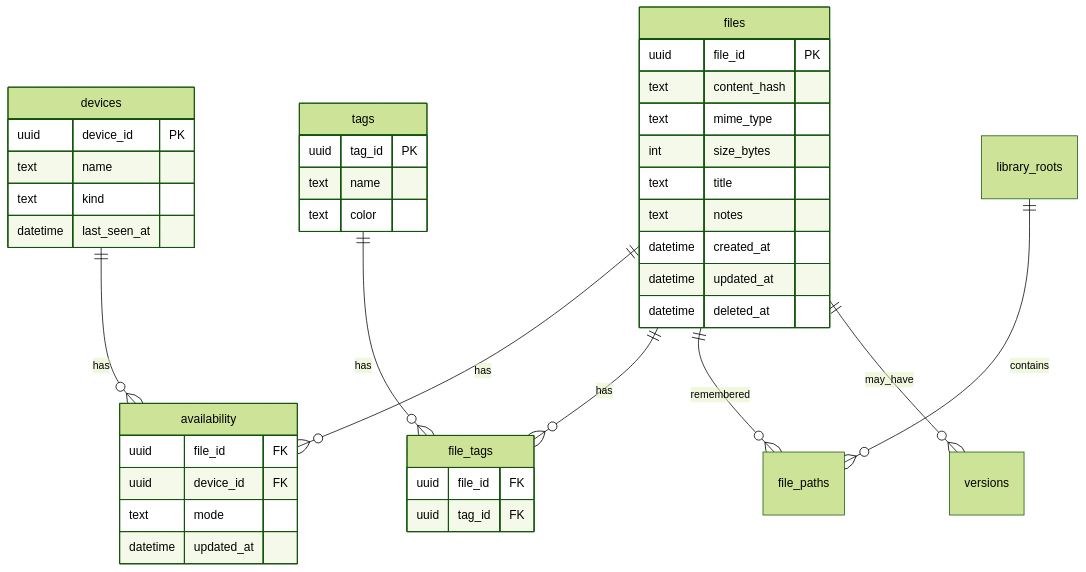
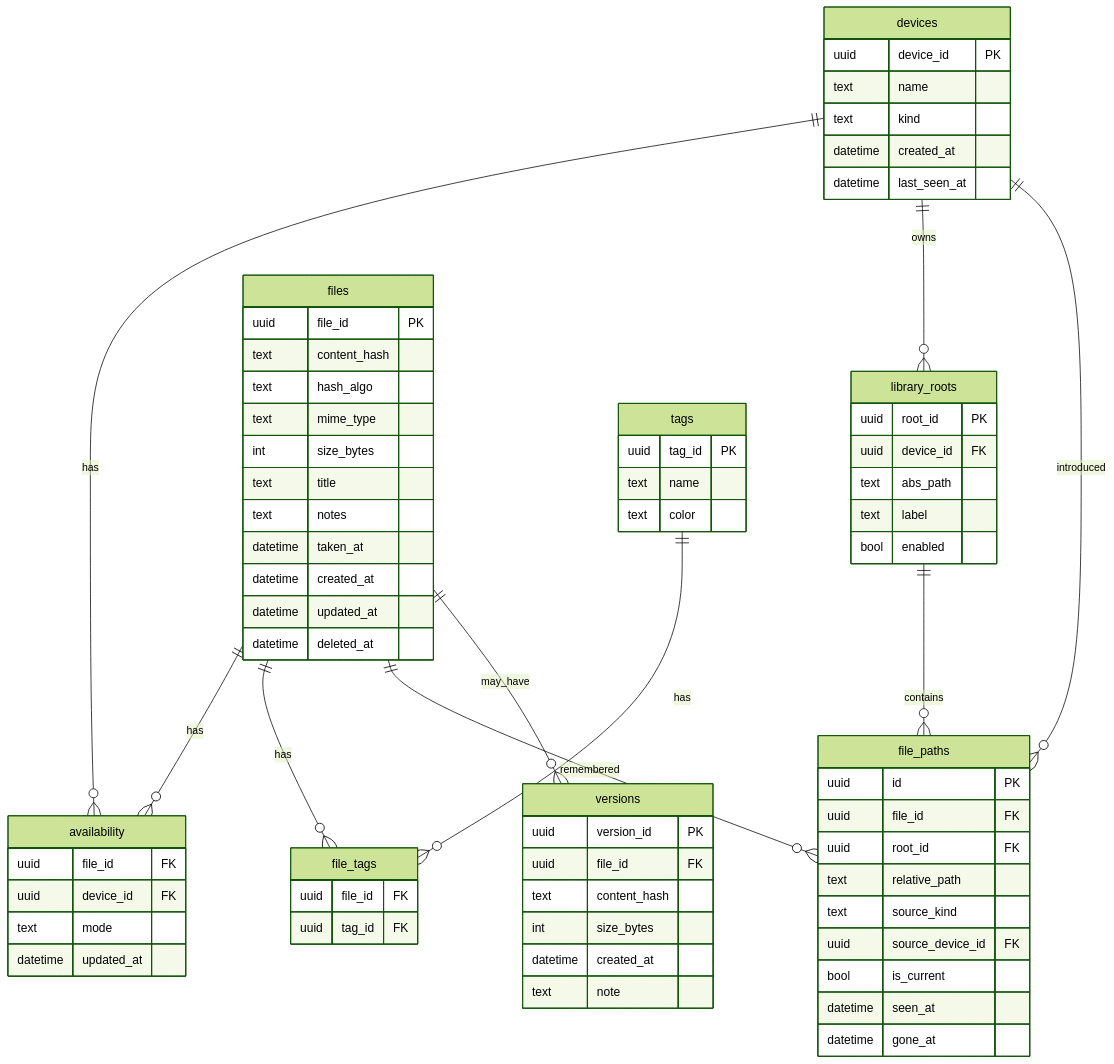
One commit to hamburg1r/homesync changed the first of 2 diagrams in docs/data-model.md. Above: the diagram before and after it, drawn with Mermaid (forest theme). The commit also changed other lines of this file and 9 other files, not shown here.

````diff
--- a/docs/data-model.md
+++ b/docs/data-model.md
@@ -13,47 +13,81 @@
 ```mermaid
 erDiagram
   devices ||--o{ availability : has
+  devices ||--o{ library_roots : owns
   files ||--o{ availability : has
   files ||--o{ file_tags : has
   tags ||--o{ file_tags : has
   files ||--o{ file_paths : remembered
   files ||--o{ versions : may_have
   library_roots ||--o{ file_paths : contains
+  devices ||--o{ file_paths : introduced
 
   files {
     uuid file_id PK
     text content_hash
+    text hash_algo
     text mime_type
     int size_bytes
     text title
     text notes
+    datetime taken_at
     datetime created_at
     datetime updated_at
     datetime deleted_at
   }
 
   devices {
     uuid device_id PK
     text name
     text kind
+    datetime created_at
     datetime last_seen_at
+  }
+
+  library_roots {
+    uuid root_id PK
+    uuid device_id FK
+    text abs_path
+    text label
+    bool enabled
+  }
+
+  file_paths {
+    uuid id PK
+    uuid file_id FK
+    uuid root_id FK
+    text relative_path
+    text source_kind
+    uuid source_device_id FK
+    bool is_current
+    datetime seen_at
+    datetime gone_at
+  }
+
+  versions {
+    uuid version_id PK
+    uuid file_id FK
+    text content_hash
+    int size_bytes
+    datetime created_at
+    text note
   }
 
   availability {
     uuid file_id FK
     uuid device_id FK
     text mode
     datetime updated_at
   }
 
   tags {
     uuid tag_id PK
     text name
     text color
   }
 
   file_tags {
     uuid file_id FK
     uuid tag_id FK
   }
 ```
````
